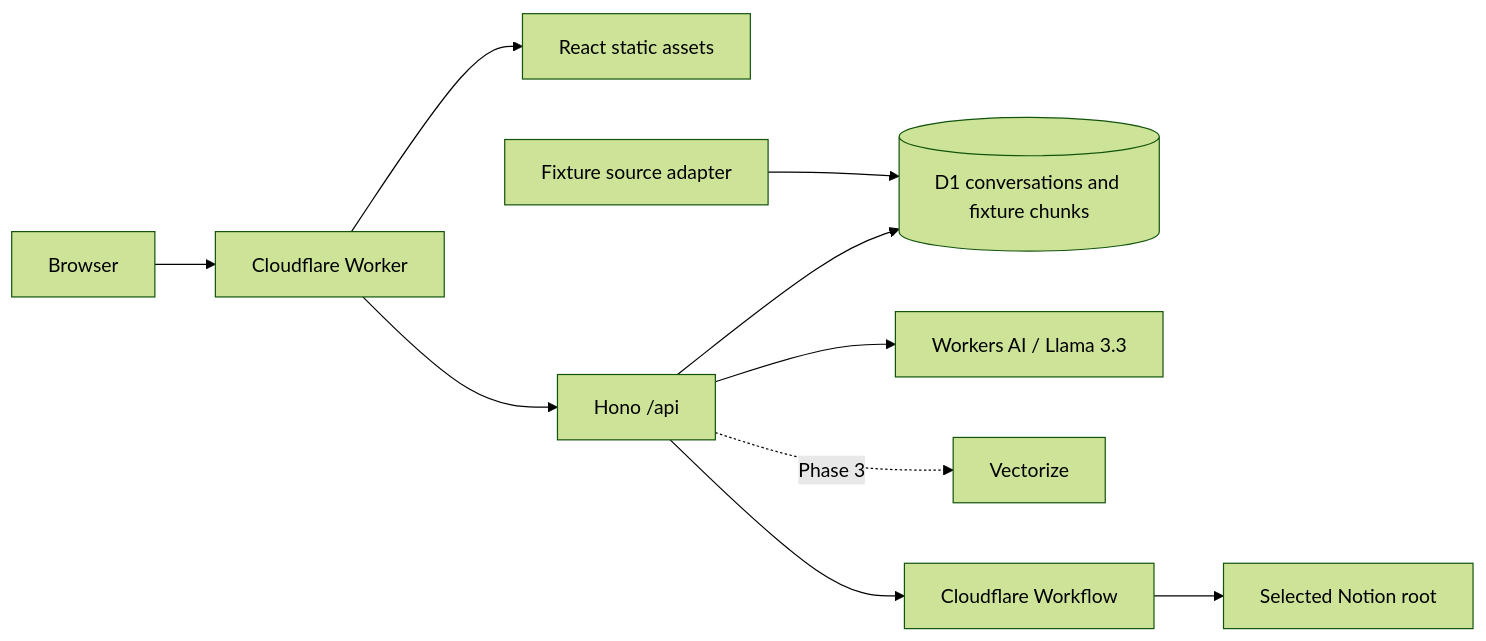
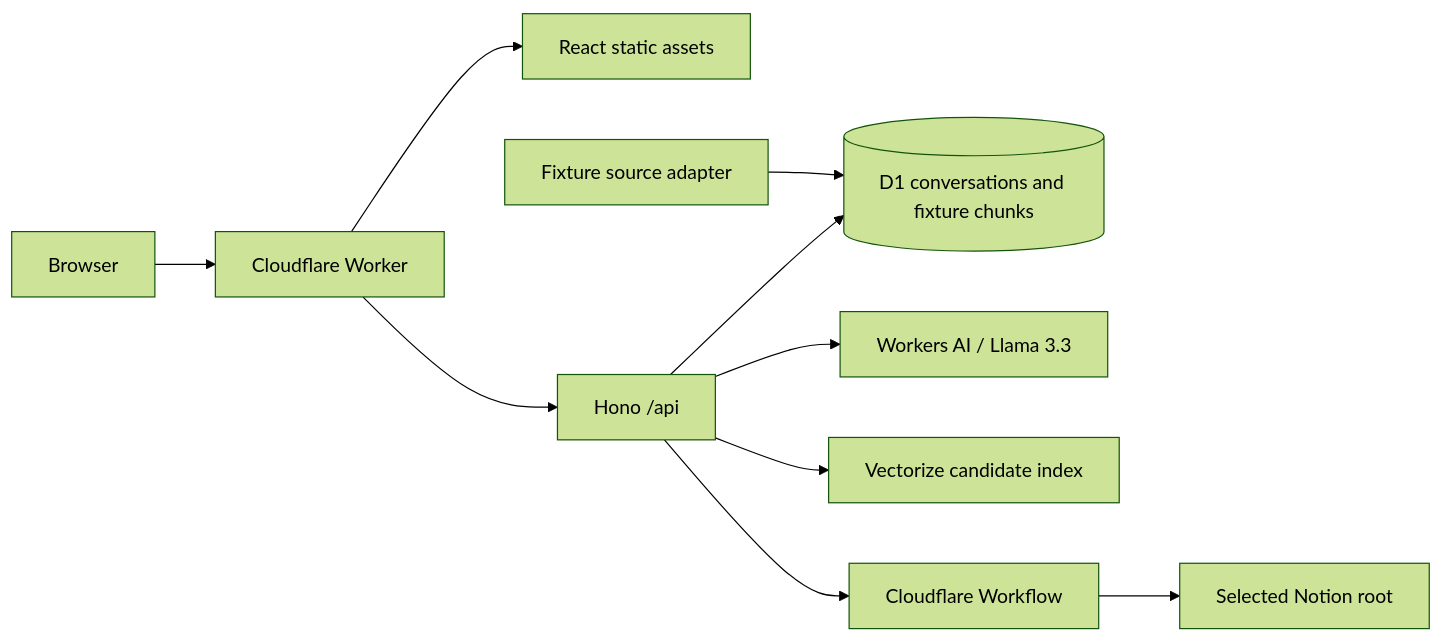
Before and after one commit to avomar/engineering-knowledge-gardner: the diagram in README.md, drawn with Mermaid (forest theme). The commit also changed other lines of this file and 23 other files, not shown here.

````diff
--- a/README.md
+++ b/README.md
@@ -9,12 +9,12 @@
 ```mermaid
 flowchart LR
   Browser --> Worker[Cloudflare Worker]
   Worker --> SPA[React static assets]
   Worker --> API[Hono /api]
   API --> DB[(D1 conversations and fixture chunks)]
   Fixture[Fixture source adapter] --> DB
   API --> AI[Workers AI / Llama 3.3]
-  API -. Phase 3 .-> Vectorize
+  API --> Vectorize[Vectorize candidate index]
   API --> Workflow[Cloudflare Workflow]
   Workflow --> Notion[Selected Notion root]
 ```
````
